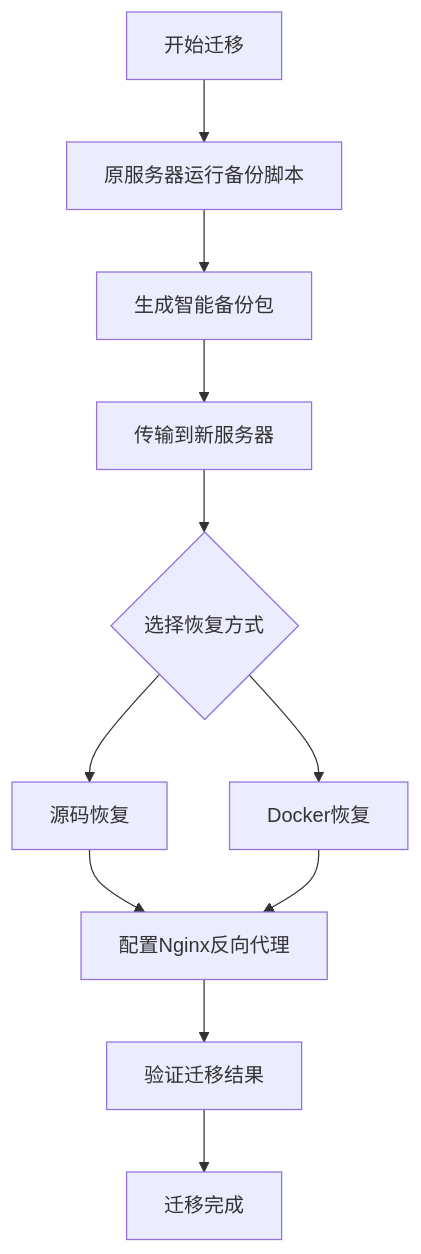
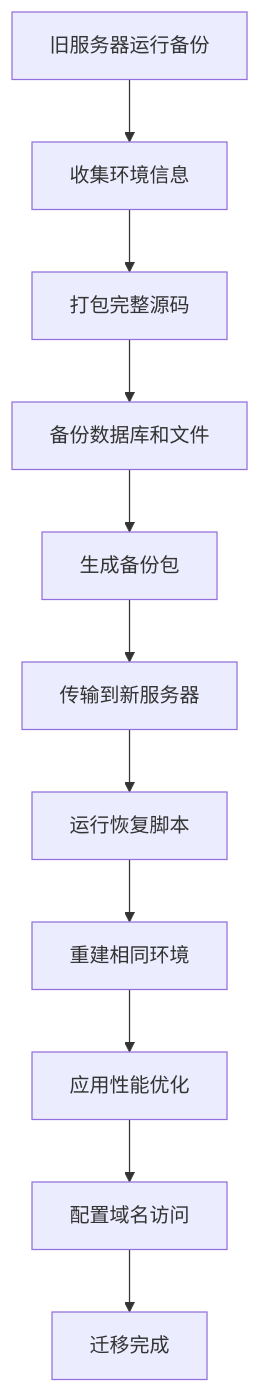
The diagram in README.md (morhon-tech/odoo-migrate), drawn with Mermaid before and after one commit. The commit also changed other lines of this file, not shown here.

````diff
--- a/README.md
+++ b/README.md
@@ -33,16 +29,13 @@
 ```mermaid
 graph TD
-    A[开始迁移] --> B[原服务器运行备份脚本]
-    B --> C[生成智能备份包]
-    C --> D[传输到新服务器]
-    
-    D --> E{选择恢复方式}
-    E --> F[源码恢复]
-    E --> G[Docker恢复]
-    
-    F --> H[配置Nginx反向代理]
-    G --> H
-    
-    H --> I[验证迁移结果]
-    I --> J[迁移完成]
+    A[旧服务器运行备份] --> B[收集环境信息]
+    B --> C[打包完整源码]
+    C --> D[备份数据库和文件]
+    D --> E[生成备份包]
+    E --> F[传输到新服务器]
+    F --> G[运行恢复脚本]
+    G --> H[重建相同环境]
+    H --> I[应用性能优化]
+    I --> J[配置域名访问]
+    J --> K[迁移完成]
 ```
````
